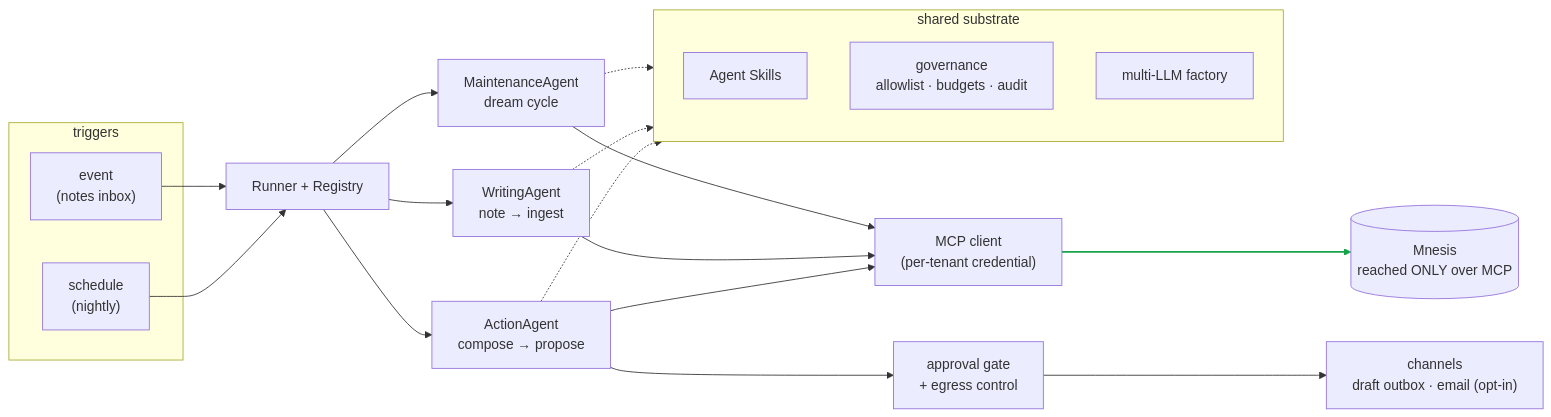
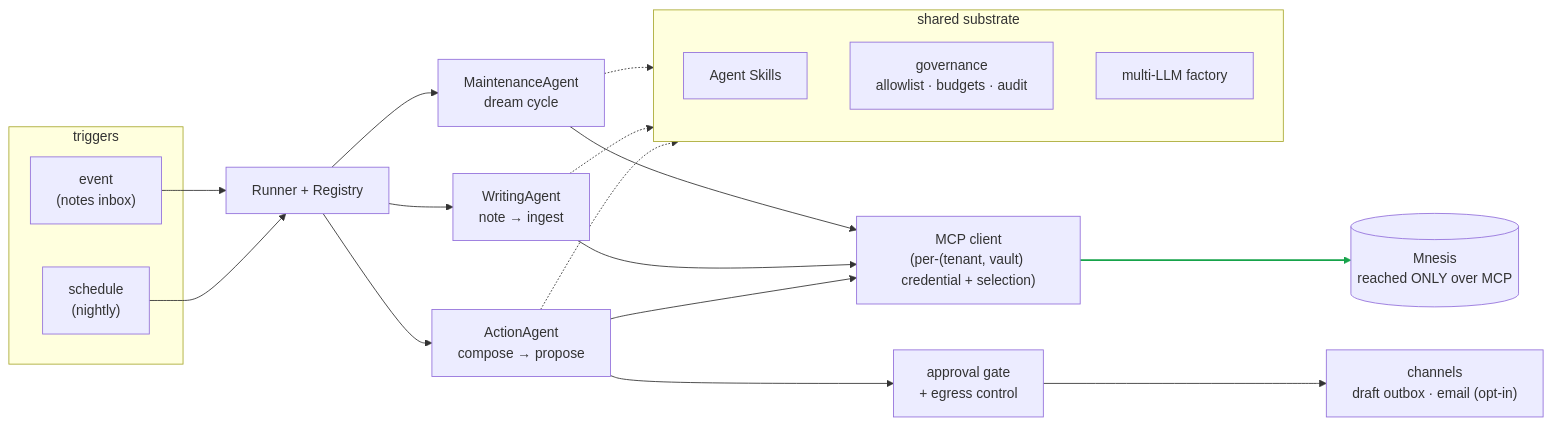
The third of 4 diagrams in README.md (djsecilla/mnesis), drawn with Mermaid before and after one commit. The commit also changed other lines of this file and 1 other file, not shown here.

````diff
--- a/README.md
+++ b/README.md
@@ -527,32 +543,32 @@
 ```mermaid
 flowchart LR
     subgraph TRIG["triggers"]
         EV["event<br/>(notes inbox)"]
         SCH["schedule<br/>(nightly)"]
     end
     EV --> RUN
     SCH --> RUN
     RUN["Runner + Registry"]
 
     RUN --> MA["MaintenanceAgent<br/>dream cycle"]
     RUN --> WA["WritingAgent<br/>note → ingest"]
     RUN --> AA["ActionAgent<br/>compose → propose"]
 
     subgraph SUB["shared substrate"]
         SK["Agent Skills"]
         GOV["governance<br/>allowlist · budgets · audit"]
         FAC["multi-LLM factory"]
     end
     MA -.-> SUB
     WA -.-> SUB
     AA -.-> SUB
 
     MA --> MCP
     WA --> MCP
     AA --> MCP
-    MCP["MCP client<br/>(per-tenant credential)"] --> MN[("Mnesis<br/>reached ONLY over MCP")]
+    MCP["MCP client<br/>(per-(tenant, vault) credential + selection)"] --> MN[("Mnesis<br/>reached ONLY over MCP")]
 
     AA --> GATE["approval gate<br/>+ egress control"]
     GATE --> CH["channels<br/>draft outbox · email (opt-in)"]
     linkStyle 11 stroke:#16a34a,stroke-width:2px
 ```
````
